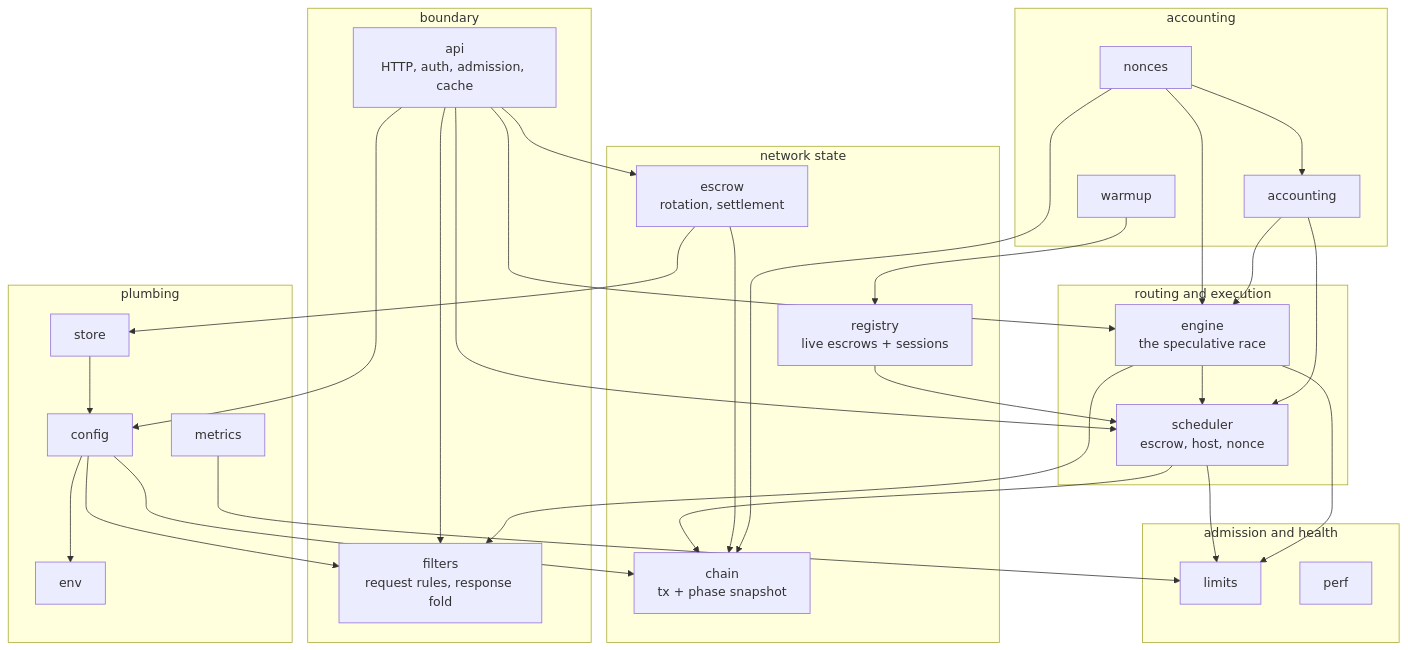
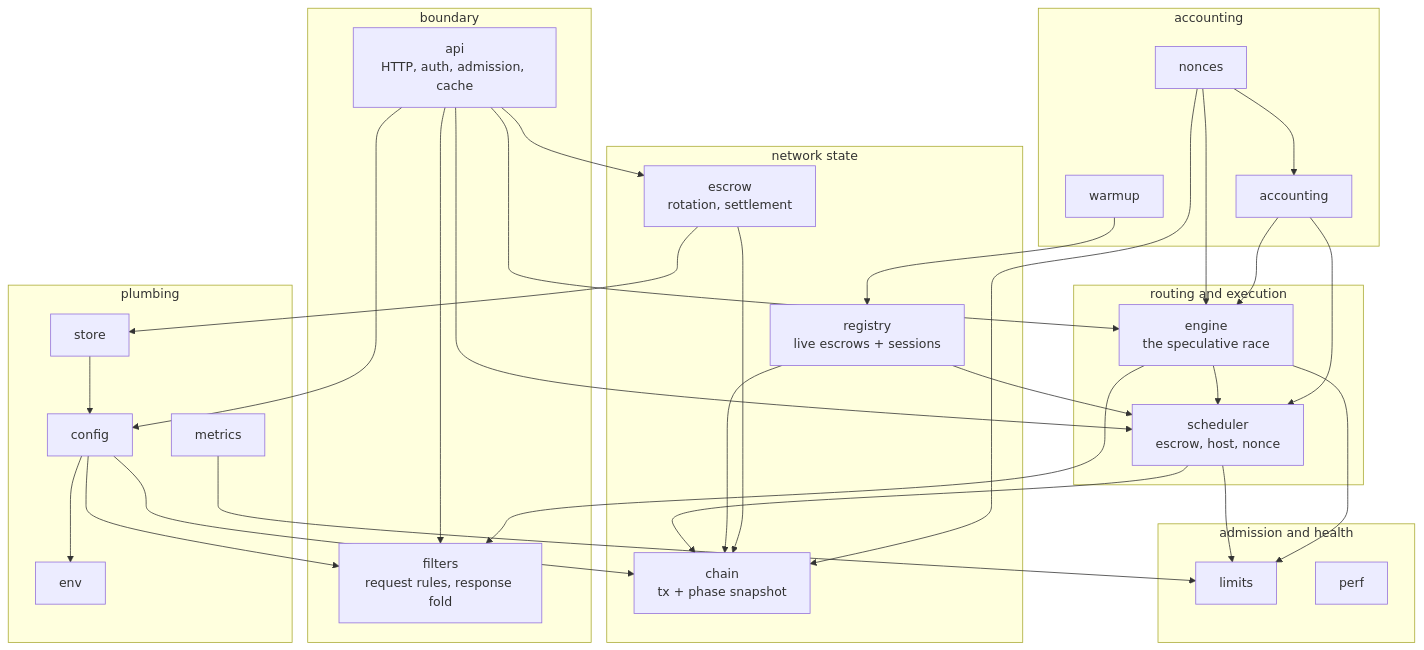
Before and after one commit to gonka-ai/gonka: the first of 3 diagrams in devshard/cmd/gateway/docs/architecture.md, drawn with Mermaid.

Commit message:
devshard/gateway: the import graph shows registry to chain

````diff
--- a/devshard/cmd/gateway/docs/architecture.md
+++ b/devshard/cmd/gateway/docs/architecture.md
@@ -17,56 +17,57 @@
 ```mermaid
 graph TD
     subgraph boundary["boundary"]
         API["api<br/>HTTP, auth, admission, cache"]
         FIL["filters<br/>request rules, response fold"]
     end
     subgraph routing["routing and execution"]
         SCH["scheduler<br/>escrow, host, nonce"]
         ENG["engine<br/>the speculative race"]
     end
     subgraph state["network state"]
         REG["registry<br/>live escrows + sessions"]
         ESC["escrow<br/>rotation, settlement"]
         CHN["chain<br/>tx + phase snapshot"]
     end
     subgraph health["admission and health"]
         LIM["limits"]
         PRF["perf"]
     end
     subgraph ledger["accounting"]
         NON["nonces"]
         ACC["accounting"]
         WRM["warmup"]
     end
     subgraph plumbing["plumbing"]
         CFG["config"]
         ENV["env"]
         STO["store"]
         MET["metrics"]
     end
 
     API --> FIL
     API --> SCH
     API --> ENG
     API --> ESC
     ENG --> SCH
     SCH --> LIM
     SCH --> CHN
     ENG --> LIM
     ENG --> FIL
     REG --> SCH
+    REG --> CHN
     ESC --> CHN
     ESC --> STO
     NON --> ACC
     NON --> ENG
     NON --> CHN
     WRM --> REG
     CFG --> ENV
     API --> CFG
     MET --> LIM
     ACC --> ENG
     ACC --> SCH
     CFG --> CHN
     CFG --> FIL
     STO --> CFG
 ```
````
